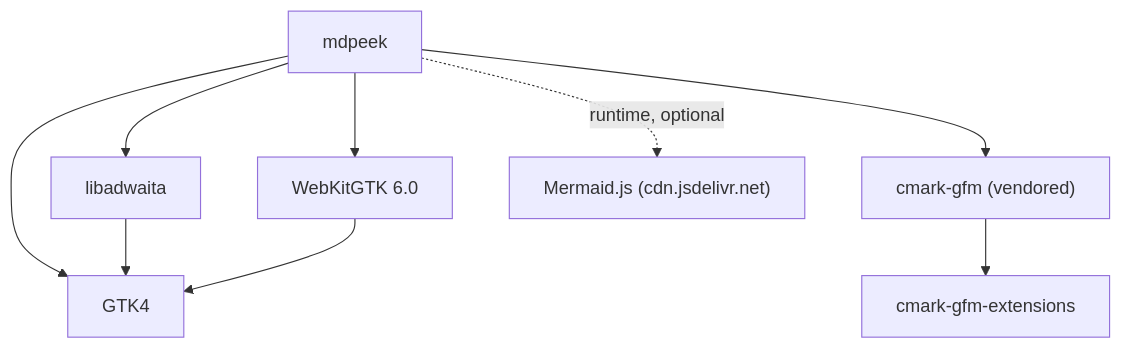
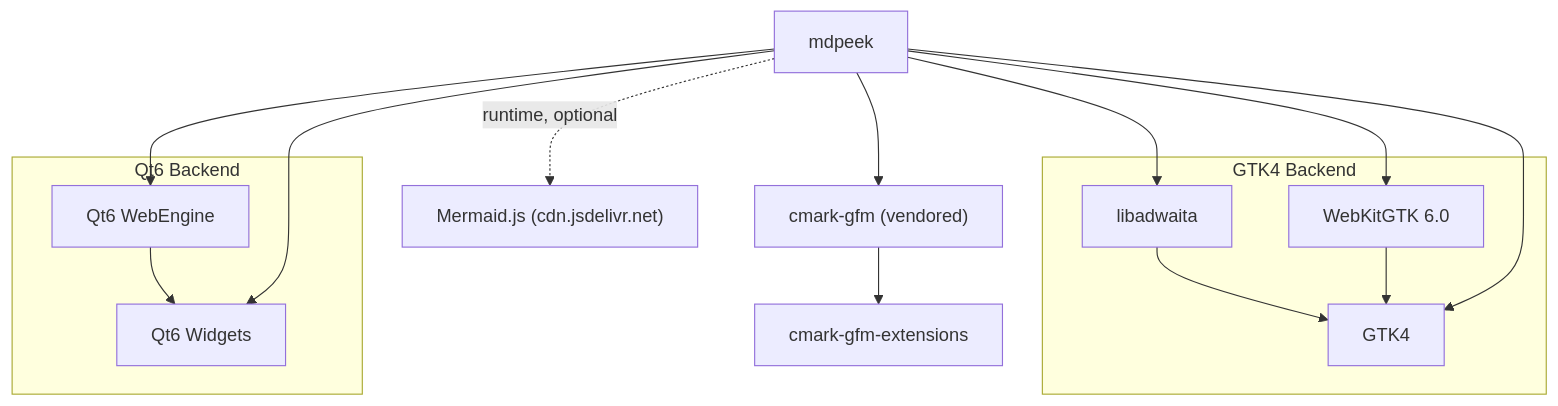
The diagram in README.md (guillermodotn/mdpeek), drawn with Mermaid before and after one commit.

Commit message:
docs: update dependency graph to show GTK4 and Qt6 backends

````diff
--- a/README.md
+++ b/README.md
@@ -137,11 +137,26 @@
 ```mermaid
 graph TD
+    mdpeek --> cmark-gfm["cmark-gfm (vendored)"]
+    cmark-gfm --> cmark-gfm-extensions
+    mdpeek -.->|runtime, optional| Mermaid.js["Mermaid.js (cdn.jsdelivr.net)"]
+
+    subgraph GTK4 Backend
+        GTK4
+        libadwaita
+        WebKitGTK["WebKitGTK 6.0"]
+        libadwaita --> GTK4
+        WebKitGTK --> GTK4
+    end
+
+    subgraph Qt6 Backend
+        Qt6Widgets["Qt6 Widgets"]
+        Qt6WebEngine["Qt6 WebEngine"]
+        Qt6WebEngine --> Qt6Widgets
+    end
+
     mdpeek --> GTK4
     mdpeek --> libadwaita
-    mdpeek --> WebKitGTK["WebKitGTK 6.0"]
-    mdpeek --> cmark-gfm["cmark-gfm (vendored)"]
-    cmark-gfm --> cmark-gfm-extensions
-    libadwaita --> GTK4
-    WebKitGTK --> GTK4
-    mdpeek -.->|runtime, optional| Mermaid.js["Mermaid.js (cdn.jsdelivr.net)"]
+    mdpeek --> WebKitGTK
+    mdpeek --> Qt6Widgets
+    mdpeek --> Qt6WebEngine
 ```
````
